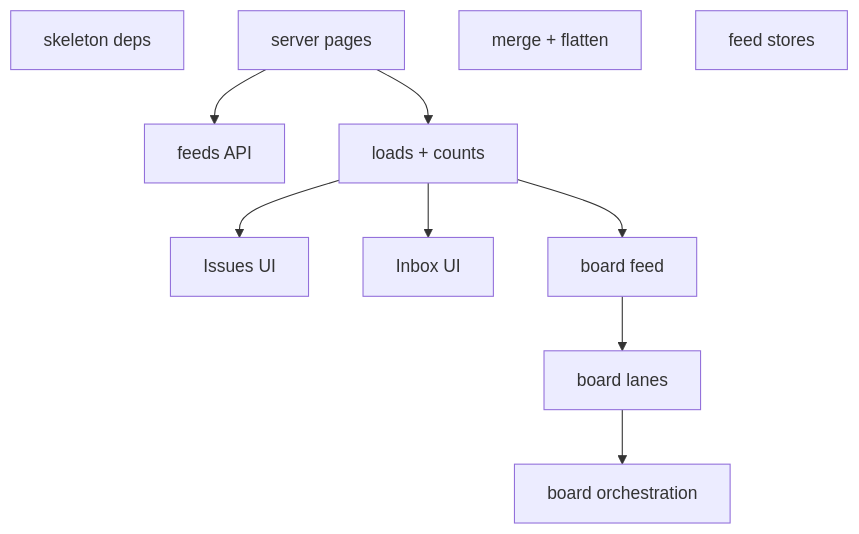
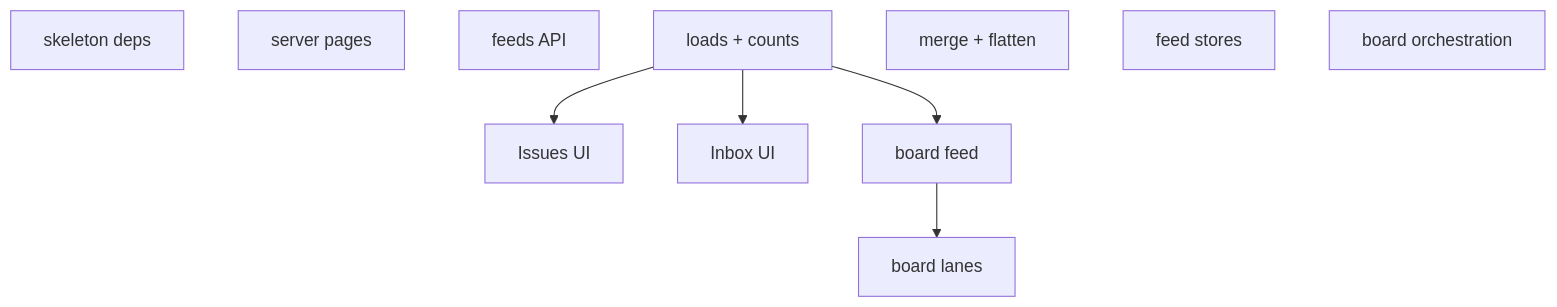
One commit to t128n/funnel changed the second of 3 diagrams in docs/plans/2026-10-19-feeds-pagination.md. Above: the diagram before and after it, drawn with Mermaid. The commit also changed other lines of this file, not shown here.

````diff
--- a/docs/plans/2026-10-19-feeds-pagination.md
+++ b/docs/plans/2026-10-19-feeds-pagination.md
@@ -35,27 +31,29 @@
 ```mermaid
 flowchart TB
   T0[skeleton deps]
   T1[server pages]
   T2[feeds API]
   T3[loads + counts]
   T4[merge + flatten]
   T5[feed stores]
   T6[Issues UI]
   T7[Inbox UI]
   T8[board feed]
   T9[board lanes]
   T10[board orchestration]
   %% taskgraph
-  T1 --> T2
-  T1 --> T3
+  T1
+  T2
+  T1
+  T3
   T3 --> T6
   T4
   T5
   T5
   T3 --> T7
   T5
   T3 --> T8
   T5
   T8 --> T9
-  T9 --> T10
+  T10
 ```
````
